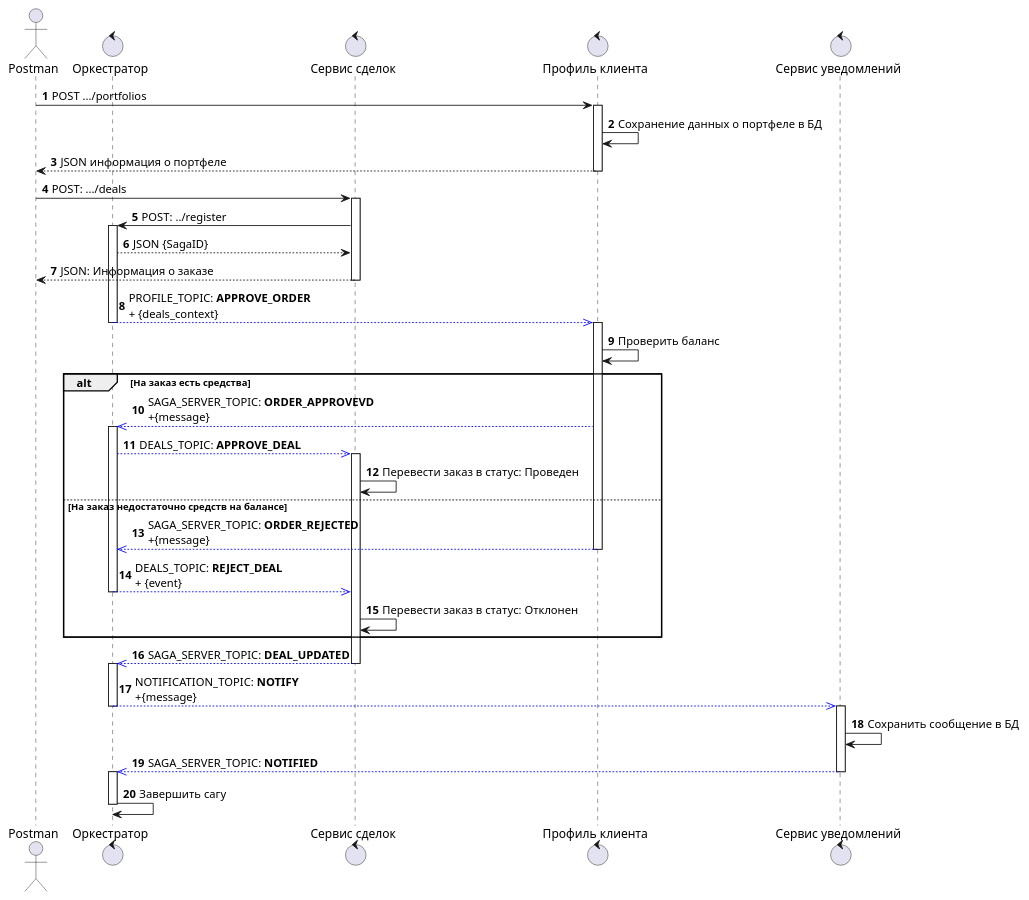
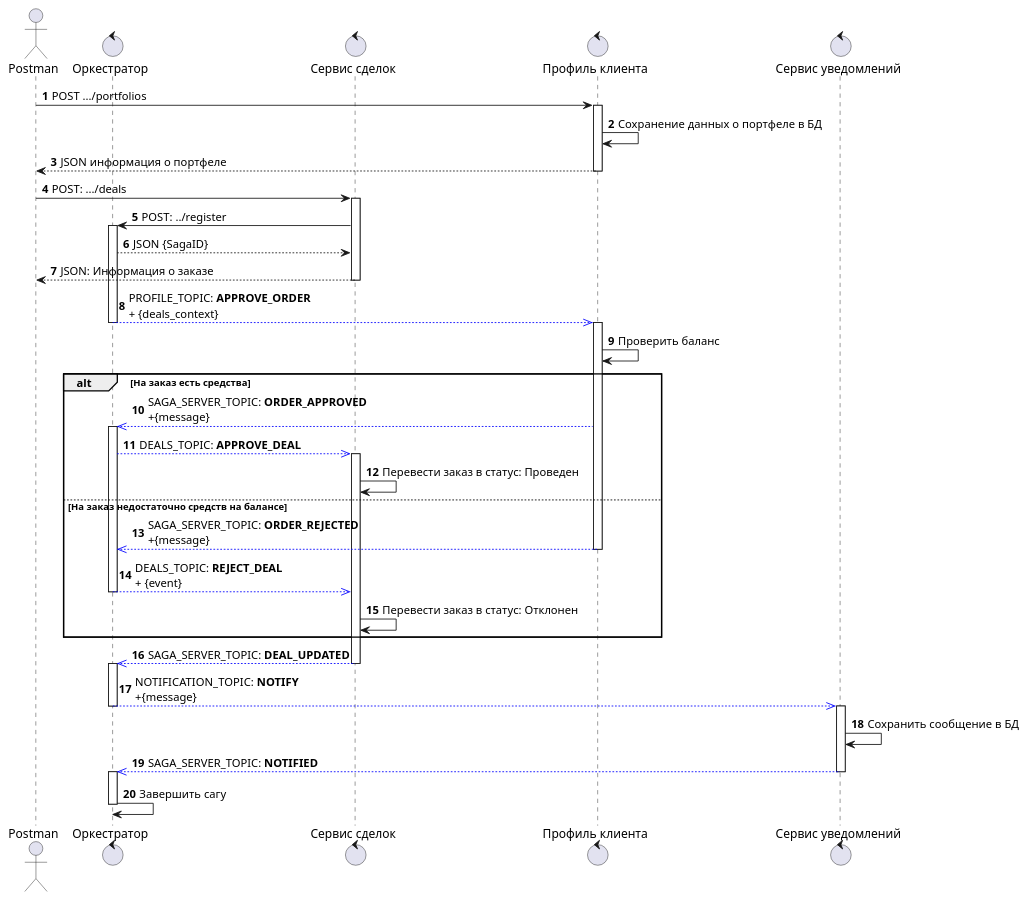
Before and after one commit to WWTLF/otus: the diagram in otus2.15/uml/deals.wsd, drawn with PlantUML. The commit also changed 6 other files, not shown here.

```diff
--- a/otus2.15/uml/deals.wsd
+++ b/otus2.15/uml/deals.wsd
@@ -1,52 +1,52 @@
 @startuml
 autonumber
 Actor Postman
 Control "Оркестратор" as Saga
 Control Deals as "Сервис сделок" 
 Control "Профиль клиента" as Profile
 Control "Сервис уведомлений" as notification
 
 Postman->Profile: POST .../portfolios
 activate Profile
 Profile->Profile: Сохранение данных о портфеле в БД
 Profile-->Postman: JSON информация о портфеле
 deactivate
 
 Postman->Deals: POST: .../deals
 activate Deals
     Deals->Saga: POST: ../register
     activate Saga
     Saga-->Deals: JSON {SagaID}    
 Deals-->Postman: JSON: Информация о заказе
 deactivate Deals
 
 Saga -[#blue,bold]->> Profile: PROFILE_TOPIC: **APPROVE_ORDER** \n+ {deals_context}
 deactivate Saga
 activate Profile
 Profile->Profile: Проверить баланс
 alt На заказ есть средства
-Profile-[#blue,bold]->>Saga: SAGA_SERVER_TOPIC: **ORDER_APPROVEVD**\n+{message}
+Profile-[#blue,bold]->>Saga: SAGA_SERVER_TOPIC: **ORDER_APPROVED**\n+{message}
 activate Saga
 Saga-[#blue,bold]->>Deals: DEALS_TOPIC: **APPROVE_DEAL**
 activate Deals
 Deals->Deals: Перевести заказ в статус: Проведен
 else На заказ недостаточно средств на балансе
 Profile-[#blue,bold]->>Saga: SAGA_SERVER_TOPIC: **ORDER_REJECTED**\n+{message}
 deactivate Profile
 Saga-[#blue,bold]->>Deals: DEALS_TOPIC: **REJECT_DEAL**\n+ {event}
 deactivate Saga
 Deals->Deals: Перевести заказ в статус: Отклонен
 end
 Deals-[#blue,bold]->>Saga: SAGA_SERVER_TOPIC: **DEAL_UPDATED**
 deactivate Deals
 activate Saga
 Saga-[#blue,bold]->>notification: NOTIFICATION_TOPIC: **NOTIFY**\n+{message}
 deactivate Saga
 activate notification
 notification->notification: Сохранить сообщение в БД
 notification-[#blue,bold]->>Saga:SAGA_SERVER_TOPIC: **NOTIFIED**
 deactivate notification
 activate Saga
 Saga->Saga: Завершить сагу
 deactivate Saga
 @enduml
```
